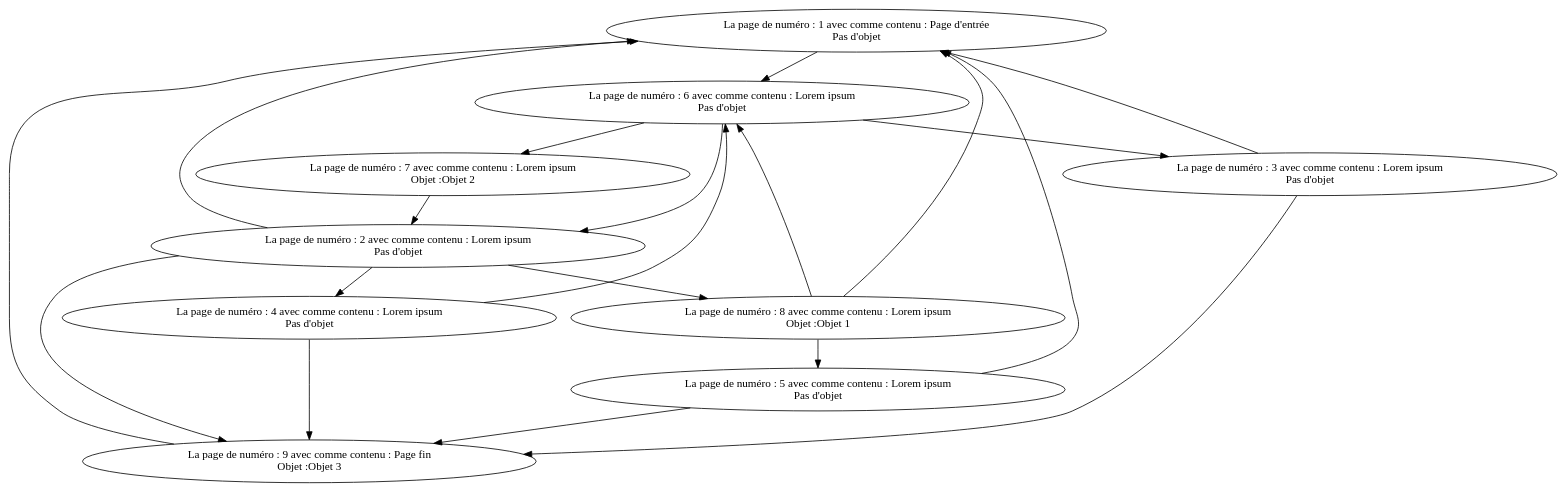
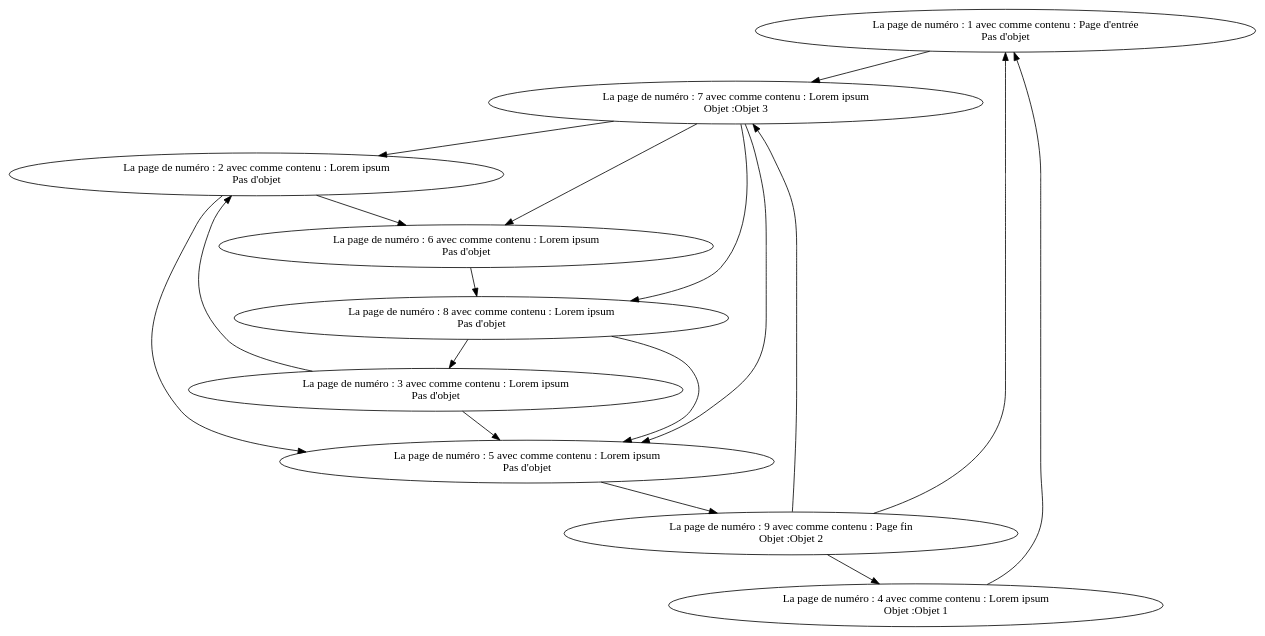
One commit to TomJacquemard/SAE-Graphe---Livre-jeu changed the diagram in Livre_Jeu/graph2.dot. Above: the diagram before and after it, drawn with Graphviz. The commit also changed 20 other files, not shown here.

```diff
--- a/Livre_Jeu/graph2.dot
+++ b/Livre_Jeu/graph2.dot
@@ -1,39 +1,37 @@
 strict digraph G {
   1 [ label="La page de numéro : 1 avec comme contenu : Page d'entrée
  Pas d'objet" ];
   2 [ label="La page de numéro : 9 avec comme contenu : Page fin
- Objet :Objet 3" ];
+ Objet :Objet 2" ];
   3 [ label="La page de numéro : 2 avec comme contenu : Lorem ipsum
  Pas d'objet" ];
   4 [ label="La page de numéro : 3 avec comme contenu : Lorem ipsum
  Pas d'objet" ];
   5 [ label="La page de numéro : 4 avec comme contenu : Lorem ipsum
- Pas d'objet" ];
+ Objet :Objet 1" ];
   6 [ label="La page de numéro : 5 avec comme contenu : Lorem ipsum
  Pas d'objet" ];
   7 [ label="La page de numéro : 6 avec comme contenu : Lorem ipsum
  Pas d'objet" ];
   8 [ label="La page de numéro : 7 avec comme contenu : Lorem ipsum
- Objet :Objet 2" ];
+ Objet :Objet 3" ];
   9 [ label="La page de numéro : 8 avec comme contenu : Lorem ipsum
- Objet :Objet 1" ];
-  1 -> 7;
+ Pas d'objet" ];
+  1 -> 8;
+  2 -> 5;
+  2 -> 8;
   2 -> 1;
-  3 -> 2;
-  3 -> 9;
-  3 -> 1;
-  3 -> 5;
-  4 -> 2;
-  4 -> 1;
-  5 -> 2;
-  5 -> 7;
+  3 -> 7;
+  3 -> 6;
+  4 -> 6;
+  4 -> 3;
+  5 -> 1;
   6 -> 2;
-  6 -> 1;
-  7 -> 8;
-  7 -> 4;
-  7 -> 3;
+  7 -> 9;
+  8 -> 9;
+  8 -> 7;
+  8 -> 6;
   8 -> 3;
-  9 -> 7;
   9 -> 6;
-  9 -> 1;
+  9 -> 4;
 }
```
